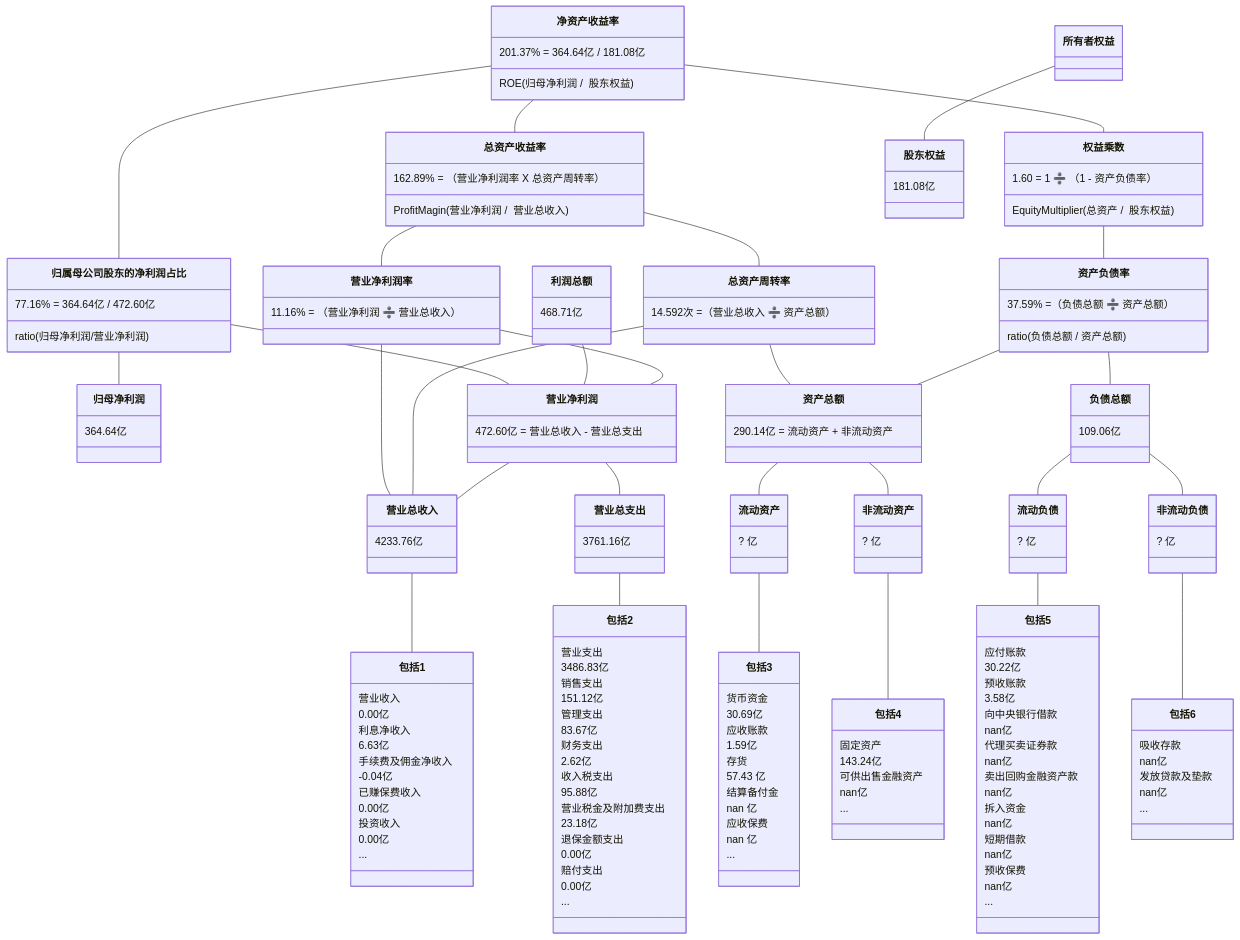
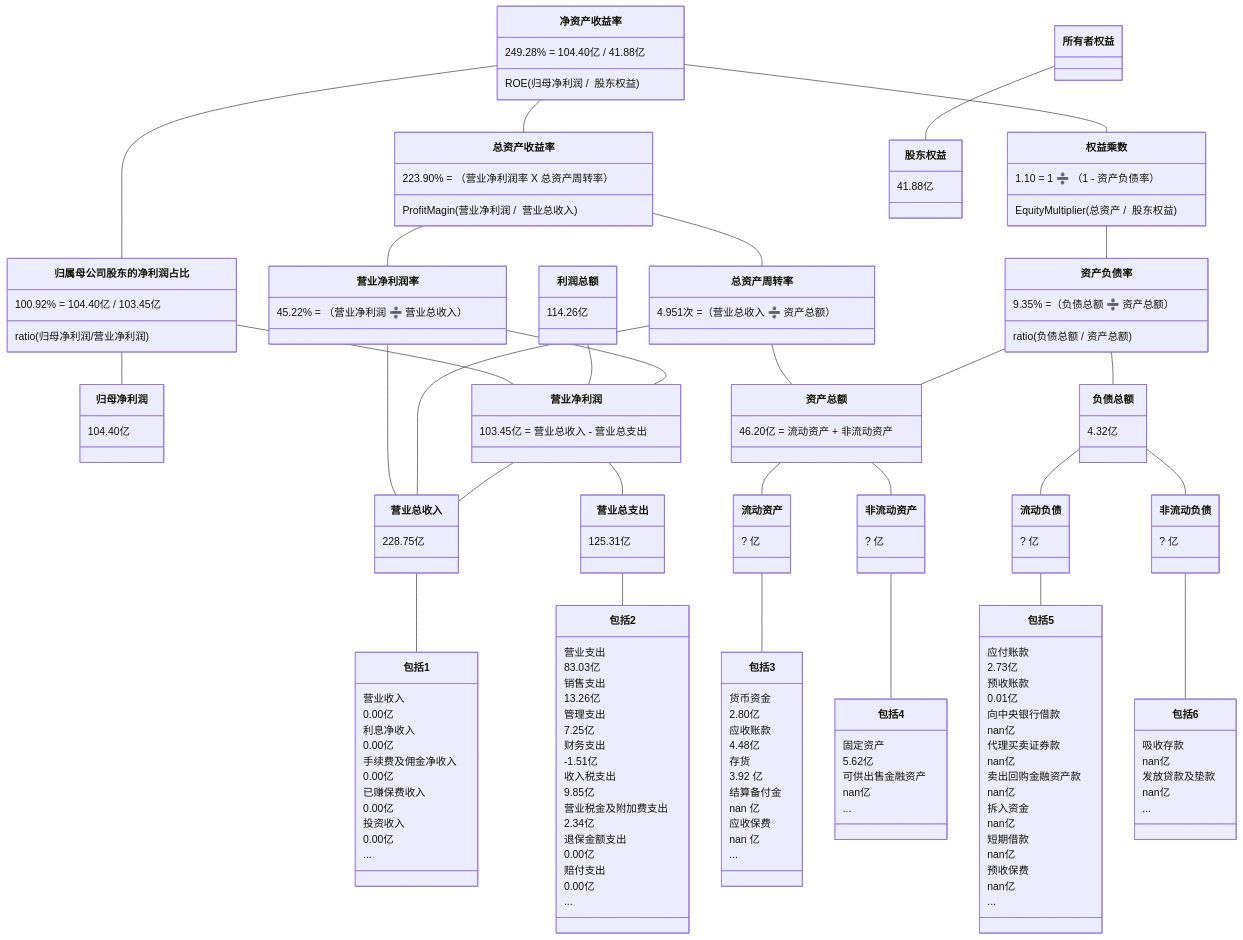
Before and after one commit to TheVeryDarkness/cs410: the ninth of 10 diagrams in 2/2.md, drawn with Mermaid. The commit also changed other lines of this file and 59 other files, not shown here.

````diff
--- a/2/2.md
+++ b/2/2.md
@@ -1261,45 +1297,45 @@
 ```mermaid
 classDiagram
 净资产收益率 -- 总资产收益率
-    净资产收益率 : 201.37% = 364.64亿 / 181.08亿
+    净资产收益率 : 249.28% = 104.40亿 / 41.88亿
     净资产收益率 : ROE(归母净利润 /  股东权益)
-    总资产收益率 : 162.89% = （营业净利润率 X 总资产周转率）
+    总资产收益率 : 223.90% = （营业净利润率 X 总资产周转率）
     总资产收益率 : ProfitMagin(营业净利润 /  营业总收入)
 净资产收益率 -- 归属母公司股东的净利润占比
-	  归属母公司股东的净利润占比 : 77.16% = 364.64亿 / 472.60亿
+	  归属母公司股东的净利润占比 : 100.92% = 104.40亿 / 103.45亿
 	  归属母公司股东的净利润占比 : ratio(归母净利润/营业净利润)
 归属母公司股东的净利润占比 -- 归母净利润
-    归母净利润 : 364.64亿
+    归母净利润 : 104.40亿
 归属母公司股东的净利润占比 -- 营业净利润
-利润总额 : 468.71亿
+利润总额 : 114.26亿
 利润总额 -- 营业净利润
 净资产收益率 -- 权益乘数
-    权益乘数 : 1.60 = 1 ➗ （1 - 资产负债率）
+    权益乘数 : 1.10 = 1 ➗ （1 - 资产负债率）
     权益乘数 : EquityMultiplier(总资产 /  股东权益)
 
 总资产收益率 -- 营业净利润率
-    营业净利润率 : 11.16% = （营业净利润 ➗ 营业总收入）
+    营业净利润率 : 45.22% = （营业净利润 ➗ 营业总收入）
 总资产收益率 -- 总资产周转率
-    总资产周转率 : 14.592次 =（营业总收入 ➗ 资产总额）
+    总资产周转率 : 4.951次 =（营业总收入 ➗ 资产总额）
 权益乘数 -- 资产负债率
-    资产负债率  : 37.59% =（负债总额 ➗ 资产总额）
+    资产负债率  : 9.35% =（负债总额 ➗ 资产总额）
     资产负债率  : ratio(负债总额 / 资产总额)
 
 营业净利润率 -- 营业净利润
-    营业净利润 : 472.60亿 = 营业总收入 - 营业总支出
+    营业净利润 : 103.45亿 = 营业总收入 - 营业总支出
 营业净利润率 -- 营业总收入
 总资产周转率 -- 营业总收入
 总资产周转率 -- 资产总额
-    资产总额 : 290.14亿 = 流动资产 + 非流动资产
+    资产总额 : 46.20亿 = 流动资产 + 非流动资产
 资产负债率 -- 负债总额
-    负债总额 : 109.06亿
+    负债总额 : 4.32亿
 资产负债率 -- 资产总额
 
 
 营业净利润 -- 营业总收入
-    营业总收入 : 4233.76亿
+    营业总收入 : 228.75亿
 营业净利润 -- 营业总支出
-    营业总支出 : 3761.16亿
+    营业总支出 : 125.31亿
 资产总额 -- 流动资产
 	  流动资产 : ? 亿
 资产总额 -- 非流动资产
@@ -1313,9 +1349,9 @@
     包括1 : 营业收入
     包括1 : 0.00亿
     包括1 : 利息净收入
-    包括1 : 6.63亿
+    包括1 : 0.00亿
     包括1 : 手续费及佣金净收入
-    包括1 : -0.04亿
+    包括1 : 0.00亿
     包括1 : 已赚保费收入
     包括1 : 0.00亿
     包括1 : 投资收入
@@ -1323,17 +1359,17 @@
     包括1 : ...
 营业总支出 -- 包括2
     包括2 : 营业支出
-    包括2 : 3486.83亿
+    包括2 : 83.03亿
     包括2 : 销售支出
-    包括2 : 151.12亿
+    包括2 : 13.26亿
     包括2 : 管理支出
-    包括2 : 83.67亿
+    包括2 : 7.25亿
     包括2 : 财务支出
-    包括2 : 2.62亿
+    包括2 : -1.51亿
     包括2 : 收入税支出
-    包括2 : 95.88亿
+    包括2 : 9.85亿
     包括2 : 营业税金及附加费支出
-    包括2 : 23.18亿
+    包括2 : 2.34亿
     包括2 : 退保金额支出
     包括2 : 0.00亿
     包括2 : 赔付支出
@@ -1341,11 +1377,11 @@
     包括2 : ...
 流动资产 -- 包括3
     包括3 : 货币资金
-    包括3 : 30.69亿
+    包括3 : 2.80亿
     包括3 : 应收账款
-    包括3 : 1.59亿
+    包括3 : 4.48亿
     包括3 : 存货
-    包括3 : 57.43 亿
+    包括3 : 3.92 亿
     包括3 : 结算备付金
     包括3 : nan 亿
     包括3 : 应收保费
@@ -1353,15 +1389,15 @@
     包括3 : ...
 非流动资产 -- 包括4
     包括4 : 固定资产
-    包括4 : 143.24亿
+    包括4 : 5.62亿
     包括4 : 可供出售金融资产
     包括4 : nan亿
     包括4 : ...
 流动负债 -- 包括5
     包括5 : 应付账款
-    包括5 : 30.22亿
+    包括5 : 2.73亿
     包括5 : 预收账款
-    包括5 : 3.58亿
+    包括5 : 0.01亿
     包括5 : 向中央银行借款
     包括5 : nan亿
     包括5 : 代理买卖证券款
@@ -1382,5 +1418,5 @@
     包括6 : nan亿
     包括6 : ...
 所有者权益 -- 股东权益
-    股东权益 : 181.08亿
+    股东权益 : 41.88亿
 ```
````
